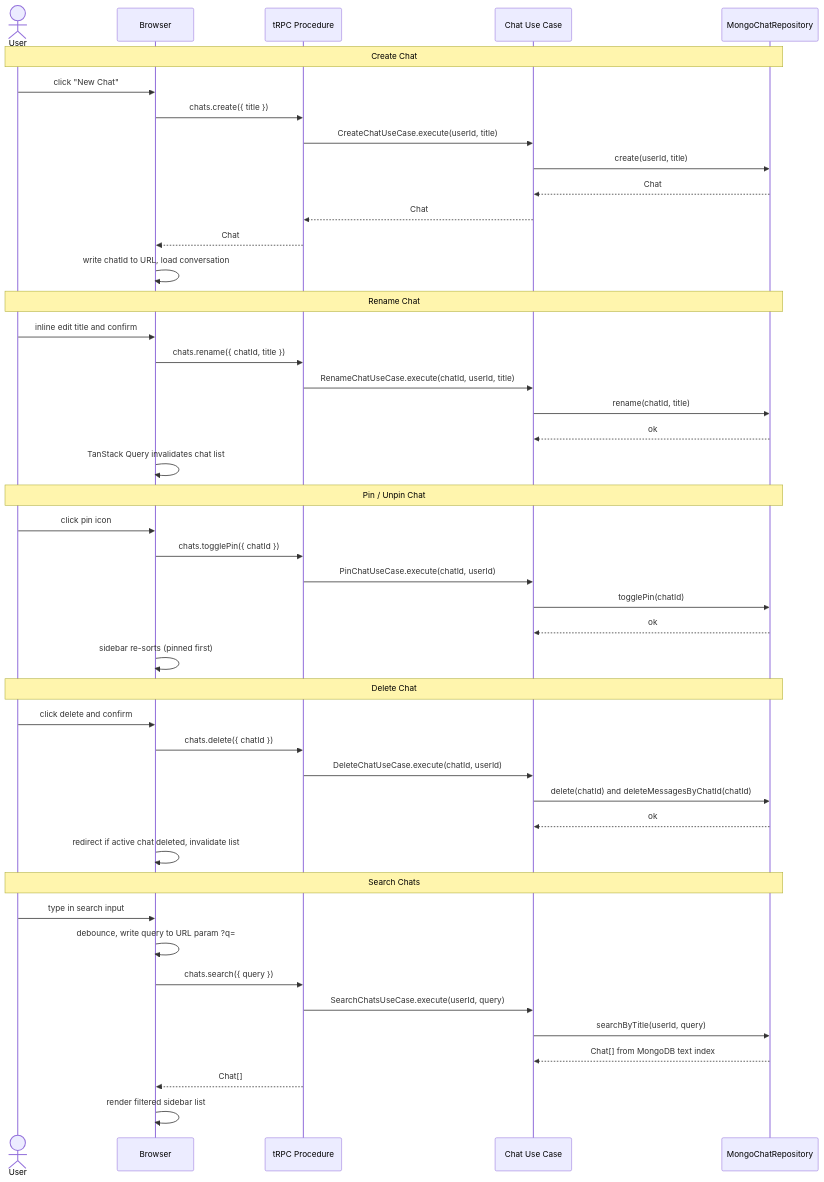
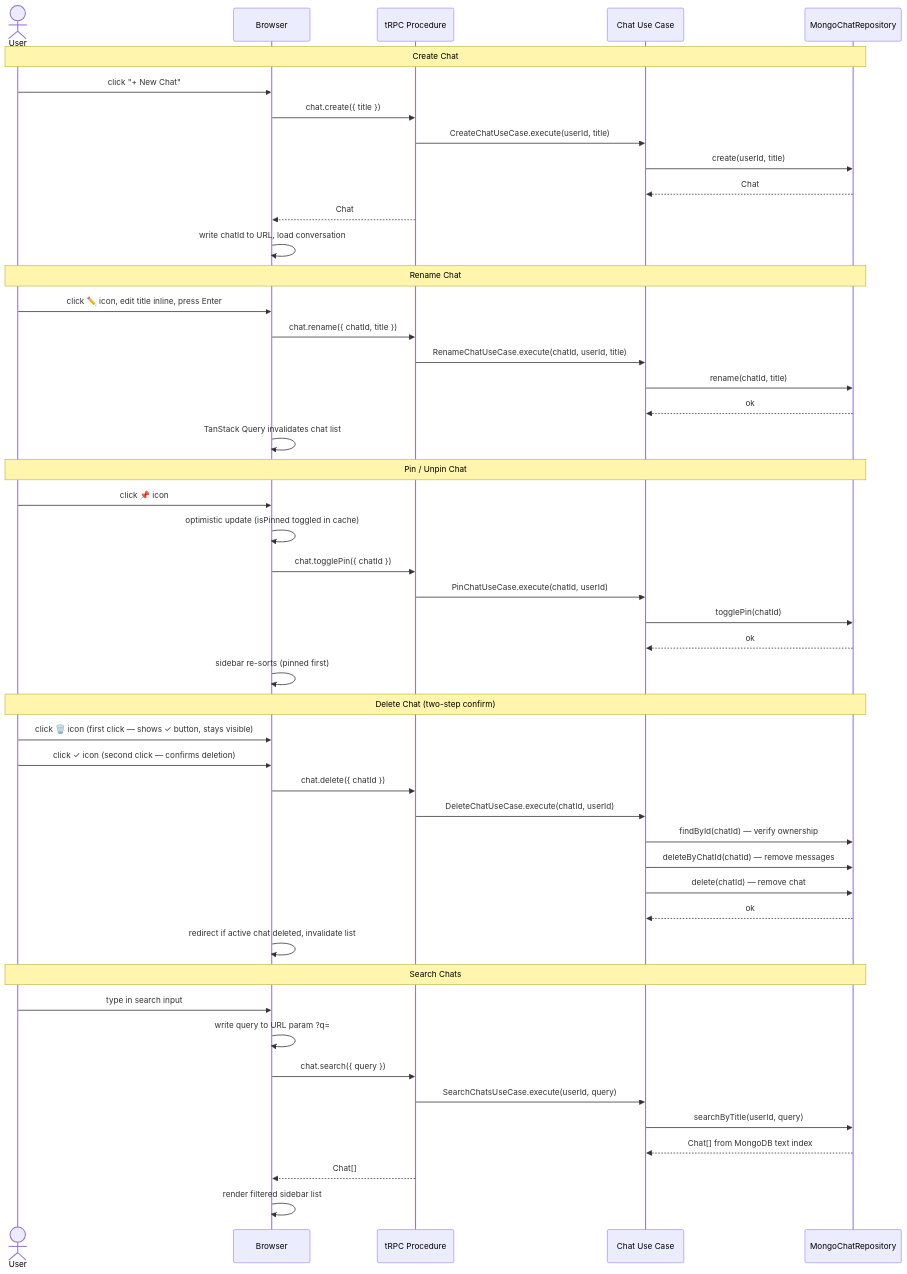
Before and after one commit to Gabi-Einz/ai-assistant: the seventh of 10 diagrams in openspec/diagrams.md, drawn with Mermaid. The commit also changed other lines of this file, not shown here.

Commit message:
update diagrams

````diff
--- a/openspec/diagrams.md
+++ b/openspec/diagrams.md
@@ -354,52 +371,55 @@
 ```mermaid
 sequenceDiagram
     actor User
     participant Browser
     participant tRPC as tRPC Procedure
     participant UC as Chat Use Case
     participant Repo as MongoChatRepository
 
     Note over User, Repo: Create Chat
-    User->>Browser: click "New Chat"
-    Browser->>tRPC: chats.create({ title })
+    User->>Browser: click "+ New Chat"
+    Browser->>tRPC: chat.create({ title })
     tRPC->>UC: CreateChatUseCase.execute(userId, title)
     UC->>Repo: create(userId, title)
     Repo-->>UC: Chat
-    UC-->>tRPC: Chat
     tRPC-->>Browser: Chat
     Browser->>Browser: write chatId to URL, load conversation
 
     Note over User, Repo: Rename Chat
-    User->>Browser: inline edit title and confirm
-    Browser->>tRPC: chats.rename({ chatId, title })
+    User->>Browser: click ✏️ icon, edit title inline, press Enter
+    Browser->>tRPC: chat.rename({ chatId, title })
     tRPC->>UC: RenameChatUseCase.execute(chatId, userId, title)
     UC->>Repo: rename(chatId, title)
     Repo-->>UC: ok
     Browser->>Browser: TanStack Query invalidates chat list
 
     Note over User, Repo: Pin / Unpin Chat
-    User->>Browser: click pin icon
-    Browser->>tRPC: chats.togglePin({ chatId })
+    User->>Browser: click 📌 icon
+    Browser->>Browser: optimistic update (isPinned toggled in cache)
+    Browser->>tRPC: chat.togglePin({ chatId })
     tRPC->>UC: PinChatUseCase.execute(chatId, userId)
     UC->>Repo: togglePin(chatId)
     Repo-->>UC: ok
     Browser->>Browser: sidebar re-sorts (pinned first)
 
-    Note over User, Repo: Delete Chat
-    User->>Browser: click delete and confirm
-    Browser->>tRPC: chats.delete({ chatId })
+    Note over User, Repo: Delete Chat (two-step confirm)
+    User->>Browser: click 🗑️ icon (first click — shows ✓ button, stays visible)
+    User->>Browser: click ✓ icon (second click — confirms deletion)
+    Browser->>tRPC: chat.delete({ chatId })
     tRPC->>UC: DeleteChatUseCase.execute(chatId, userId)
-    UC->>Repo: delete(chatId) and deleteMessagesByChatId(chatId)
+    UC->>Repo: findById(chatId) — verify ownership
+    UC->>Repo: deleteByChatId(chatId) — remove messages
+    UC->>Repo: delete(chatId) — remove chat
     Repo-->>UC: ok
     Browser->>Browser: redirect if active chat deleted, invalidate list
 
     Note over User, Repo: Search Chats
     User->>Browser: type in search input
-    Browser->>Browser: debounce, write query to URL param ?q=
-    Browser->>tRPC: chats.search({ query })
+    Browser->>Browser: write query to URL param ?q=
+    Browser->>tRPC: chat.search({ query })
     tRPC->>UC: SearchChatsUseCase.execute(userId, query)
     UC->>Repo: searchByTitle(userId, query)
     Repo-->>UC: Chat[] from MongoDB text index
     tRPC-->>Browser: Chat[]
     Browser->>Browser: render filtered sidebar list
 ```
````
